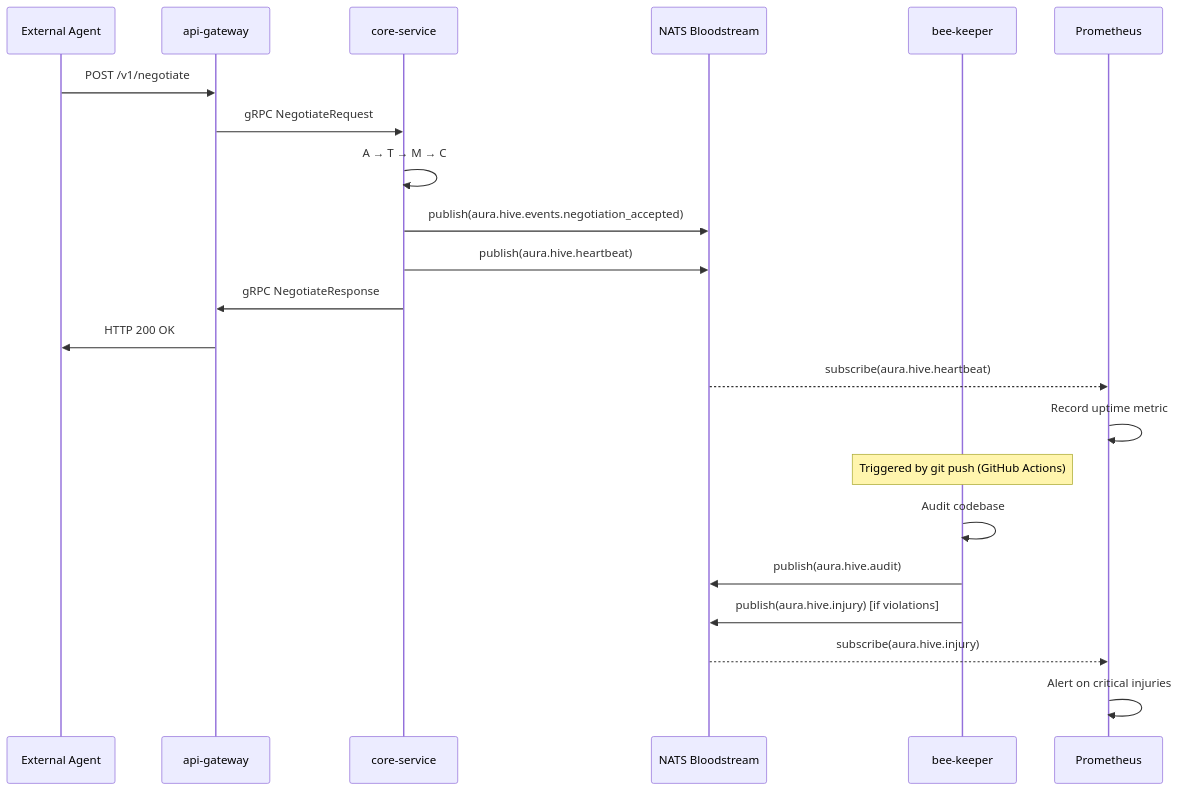
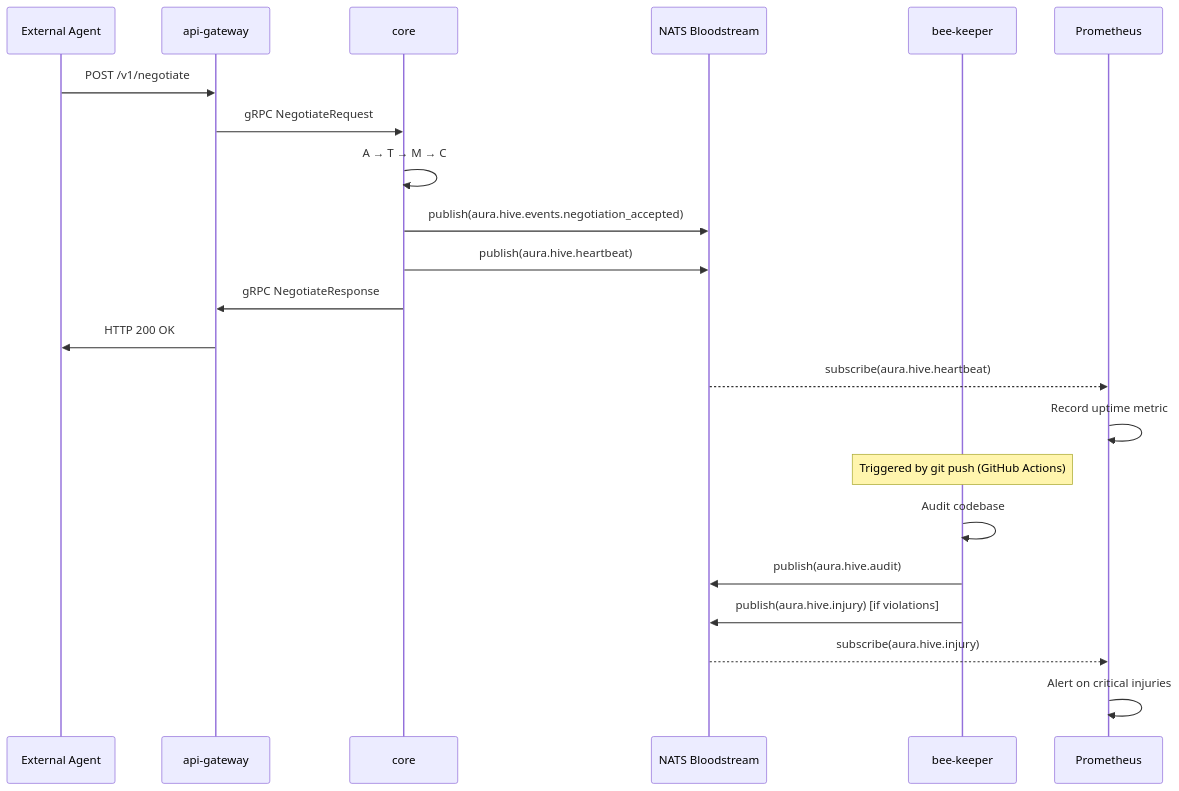
The second of 2 diagrams in docs/visual/pipelines/nats-events.md (zaebee/aura), drawn with Mermaid before and after one commit. The commit also changed other lines of this file and 7 other files, not shown here.

First line of the commit message:
docs(visual): remediate Gemini review round 5 + align with core-service→core migration

````diff
--- a/docs/visual/pipelines/nats-events.md
+++ b/docs/visual/pipelines/nats-events.md
@@ -285,30 +285,30 @@
 ```mermaid
 sequenceDiagram
     participant Agent as External Agent
     participant Gateway as api-gateway
-    participant Core as core-service
+    participant Core as core
     participant NATS as NATS Bloodstream
     participant Keeper as bee-keeper
     participant Monitor as Prometheus
 
     Agent->>Gateway: POST /v1/negotiate
     Gateway->>Core: gRPC NegotiateRequest
 
     Core->>Core: A → T → M → C
     Core->>NATS: publish(aura.hive.events.negotiation_accepted)
     Core->>NATS: publish(aura.hive.heartbeat)
     Core->>Gateway: gRPC NegotiateResponse
 
     Gateway->>Agent: HTTP 200 OK
 
     NATS-->>Monitor: subscribe(aura.hive.heartbeat)
     Monitor->>Monitor: Record uptime metric
 
     Note over Keeper: Triggered by git push (GitHub Actions)
     Keeper->>Keeper: Audit codebase
     Keeper->>NATS: publish(aura.hive.audit)
     Keeper->>NATS: publish(aura.hive.injury) [if violations]
 
     NATS-->>Monitor: subscribe(aura.hive.injury)
     Monitor->>Monitor: Alert on critical injuries
 ```
````
